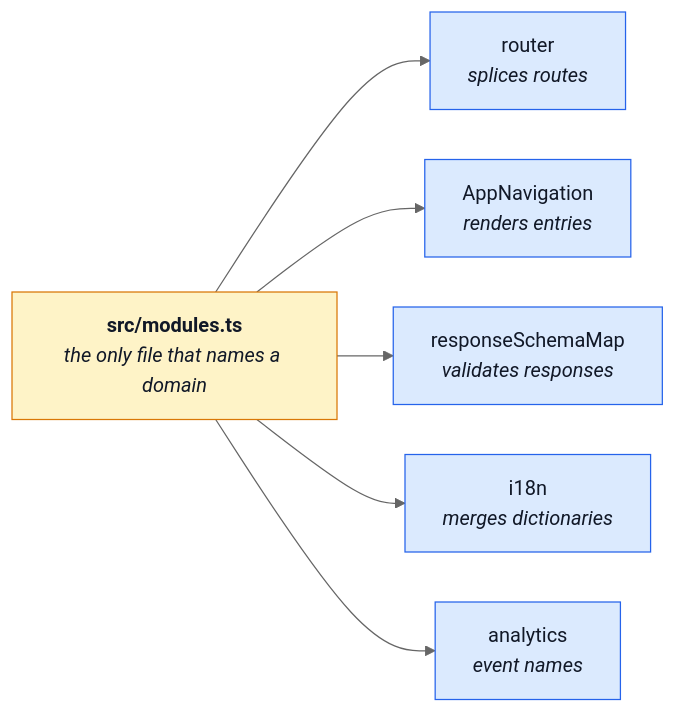
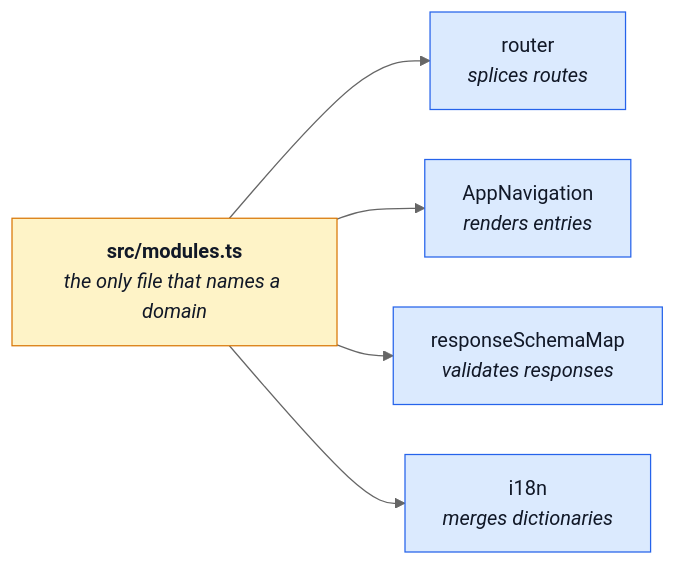
One commit to Guebbit/boilerplate-vue-frontend changed the first of 4 diagrams in docs/theory/module-lifecycle.md. Above: the diagram before and after it, drawn with Mermaid (neutral theme). The commit also changed other lines of this file and 2 other files, not shown here.

Commit message:
docs: drop the fictional track() analytics call
There is no track() anywhere in this repo. Pageviews are Umami's own
automatic script; everything with a request behind it is reported by
the backend handler that decided it happened. router.afterEach sets
the tab title, the a11y announcement and focus — not a page_view
event. Fixed the module-registry diagram (analytics was never a
field AppModule carries), request-flow.md and state-and-routing.md's
store table and router-lifecycle diagram.

````diff
--- a/docs/theory/module-lifecycle.md
+++ b/docs/theory/module-lifecycle.md
@@ -18,14 +18,13 @@
 ```mermaid
 %%{init: {'flowchart': {'nodeSpacing': 40, 'rankSpacing': 45}}}%%
 flowchart LR
     REG["<b>src/modules.ts</b><br/><i>the only file that names a domain</i>"]
     REG --> R["router<br/><i>splices routes</i>"]
     REG --> N["AppNavigation<br/><i>renders entries</i>"]
     REG --> S["responseSchemaMap<br/><i>validates responses</i>"]
     REG --> I["i18n<br/><i>merges dictionaries</i>"]
-    REG --> M["analytics<br/><i>event names</i>"]
     classDef reg fill:#fef3c7,stroke:#d97706,color:#111827;
     classDef out fill:#dbeafe,stroke:#2563eb,color:#111827;
     class REG reg;
-    class R,N,S,I,M out;
+    class R,N,S,I out;
 ```
````
